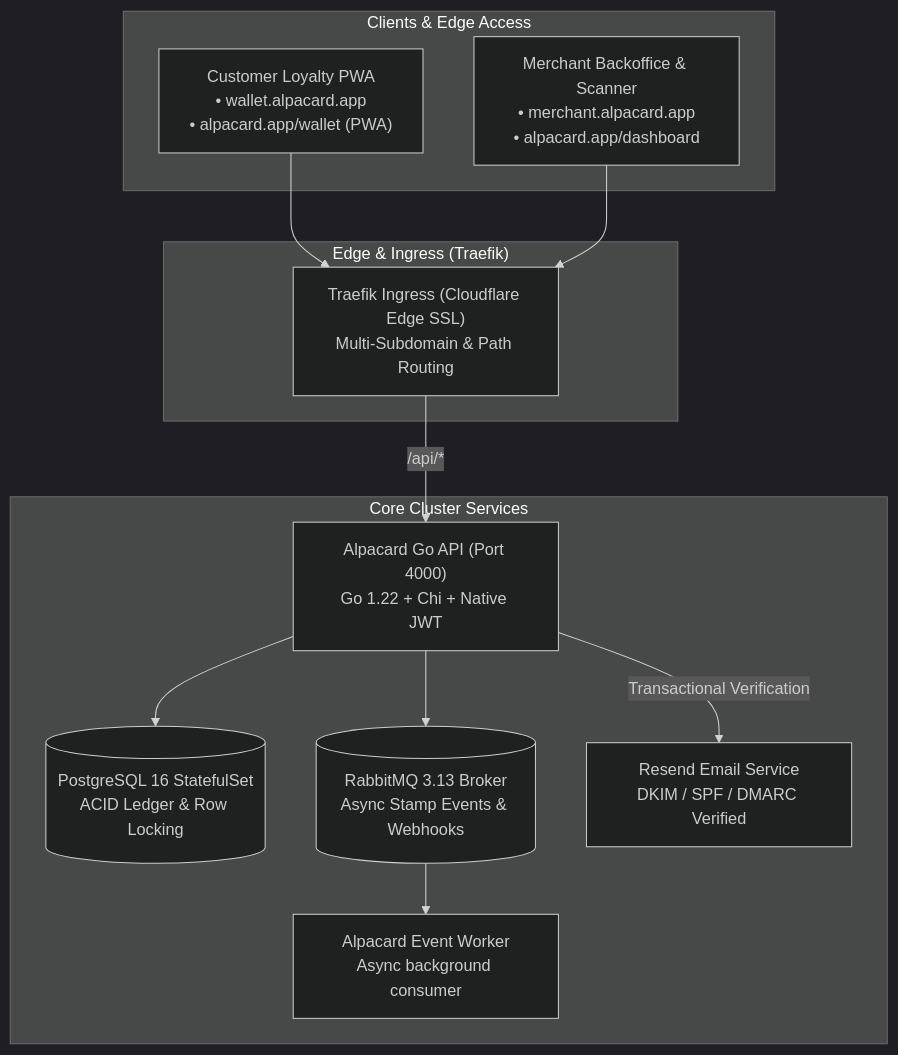
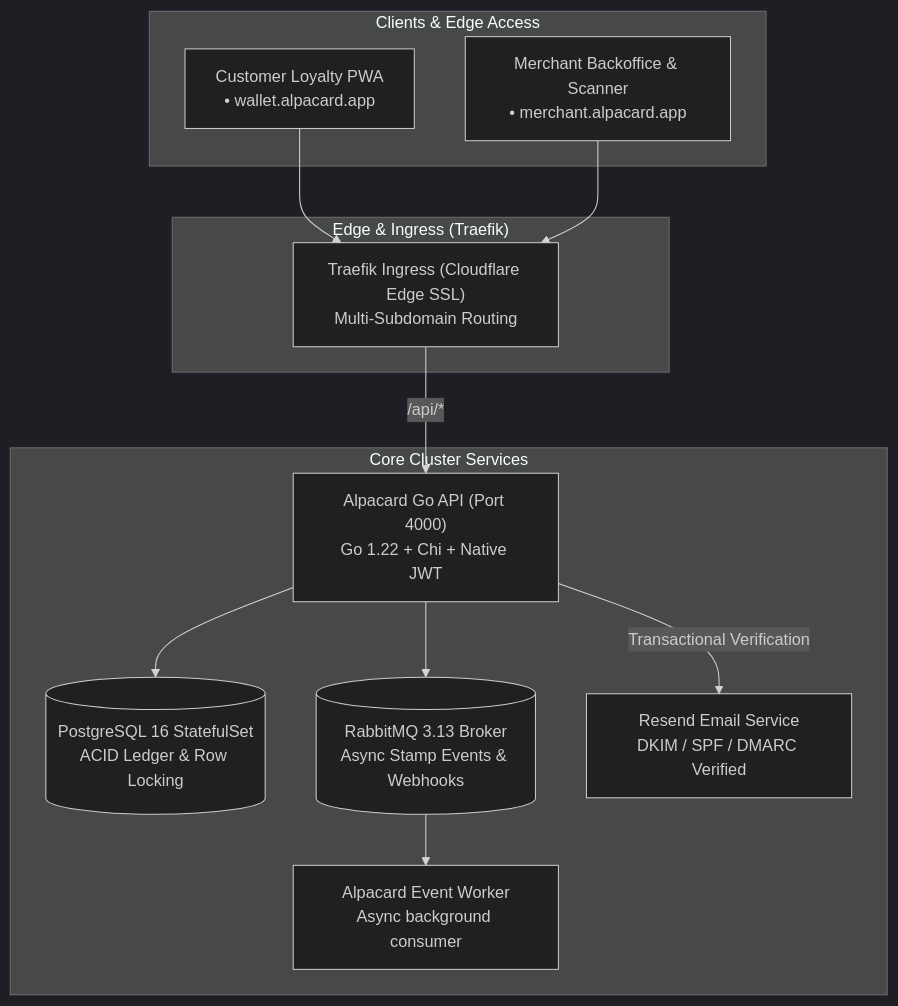
The third of 3 diagrams in README.md (Gabmetal/alpacard-web), drawn with Mermaid (dark theme) before and after one commit. The commit also changed other lines of this file and 36 other files, not shown here.

First line of the commit message:
refactor(routing): eliminate path-based slash URLs in favor of pure subdomain routing

````diff
--- a/README.md
+++ b/README.md
@@ -215,27 +214,27 @@
 ```mermaid
 flowchart TD
     subgraph Clients["Clients & Edge Access"]
-        CustomerWallet["Customer Loyalty PWA<br/>• wallet.alpacard.app<br/>• alpacard.app/wallet (PWA)"]
-        MerchantWeb["Merchant Backoffice & Scanner<br/>• merchant.alpacard.app<br/>• alpacard.app/dashboard"]
+        CustomerWallet["Customer Loyalty PWA<br/>• wallet.alpacard.app"]
+        MerchantWeb["Merchant Backoffice & Scanner<br/>• merchant.alpacard.app"]
     end
 
     subgraph Ingress["Edge & Ingress (Traefik)"]
-        Traefik["Traefik Ingress (Cloudflare Edge SSL)<br/>Multi-Subdomain & Path Routing"]
+        Traefik["Traefik Ingress (Cloudflare Edge SSL)<br/>Multi-Subdomain Routing"]
     end
 
     subgraph Services["Core Cluster Services"]
         GoAPI["Alpacard Go API (Port 4000)<br/>Go 1.22 + Chi + Native JWT"]
         Postgres[("PostgreSQL 16 StatefulSet<br/>ACID Ledger & Row Locking")]
         RabbitMQ[("RabbitMQ 3.13 Broker<br/>Async Stamp Events & Webhooks")]
         GoWorker["Alpacard Event Worker<br/>Async background consumer"]
         Resend["Resend Email Service<br/>DKIM / SPF / DMARC Verified"]
     end
 
     CustomerWallet --> Traefik
     MerchantWeb --> Traefik
     Traefik -->|/api/*| GoAPI
     GoAPI --> Postgres
     GoAPI --> RabbitMQ
     GoAPI -->|Transactional Verification| Resend
     RabbitMQ --> GoWorker
 ```
````
